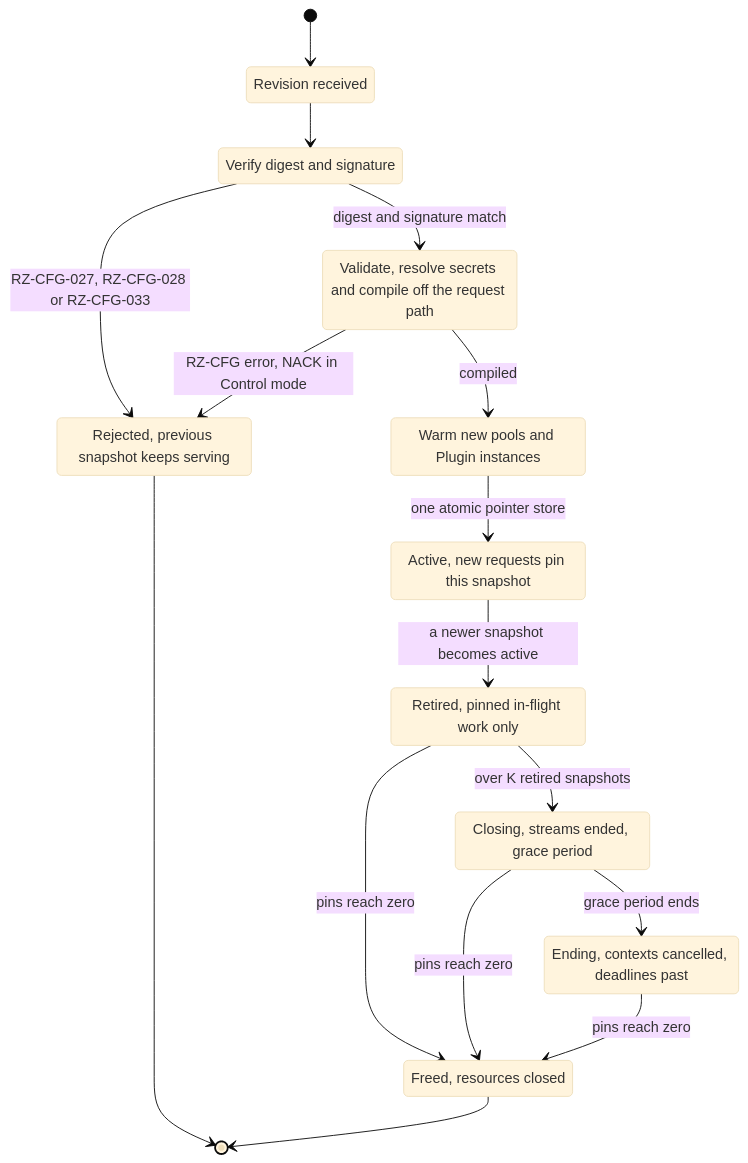
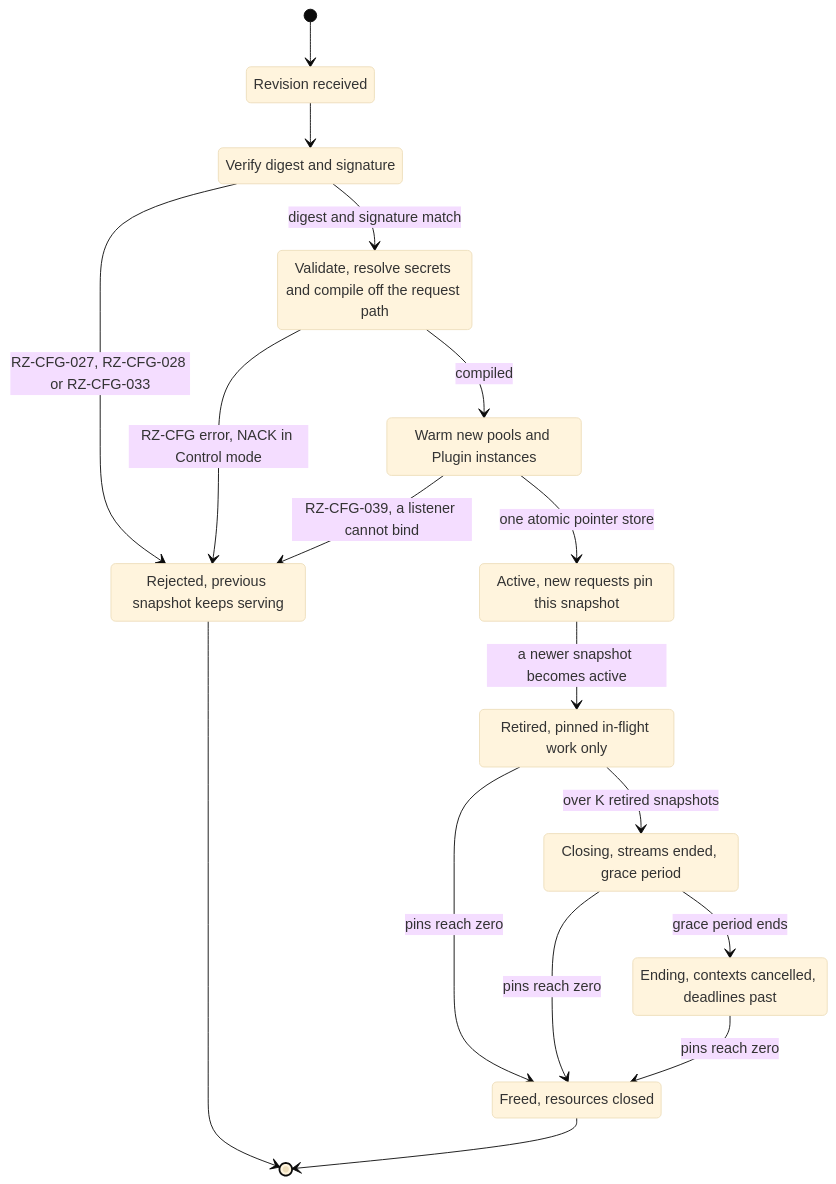
Before and after one commit to ravindu-rev/ruralz: the fourth of 4 diagrams in docs/architecture/03-data-plane.md, drawn with Mermaid (base theme). The commit also changed other lines of this file and 5552 other files, not shown here.

````diff
--- a/docs/architecture/03-data-plane.md
+++ b/docs/architecture/03-data-plane.md
@@ -435,28 +498,29 @@
 ```mermaid
 stateDiagram-v2
     state "Revision received" as Received
     state "Verify digest and signature" as Verify
     state "Validate, resolve secrets and compile off the request path" as Compile
     state "Warm new pools and Plugin instances" as Warm
     state "Active, new requests pin this snapshot" as Active
     state "Retired, pinned in-flight work only" as Retired
     state "Closing, streams ended, grace period" as Closing
     state "Ending, contexts cancelled, deadlines past" as Ending
     state "Freed, resources closed" as Freed
     state "Rejected, previous snapshot keeps serving" as Rejected
     [*] --> Received
     Received --> Verify
     Verify --> Compile: digest and signature match
     Verify --> Rejected: RZ-CFG-027, RZ-CFG-028 or RZ-CFG-033
     Compile --> Warm: compiled
     Compile --> Rejected: RZ-CFG error, NACK in Control mode
+    Warm --> Rejected: RZ-CFG-039, a listener cannot bind
     Warm --> Active: one atomic pointer store
     Active --> Retired: a newer snapshot becomes active
     Retired --> Freed: pins reach zero
     Retired --> Closing: over K retired snapshots
     Closing --> Freed: pins reach zero
     Closing --> Ending: grace period ends
     Ending --> Freed: pins reach zero
     Rejected --> [*]
     Freed --> [*]
 ```
````
